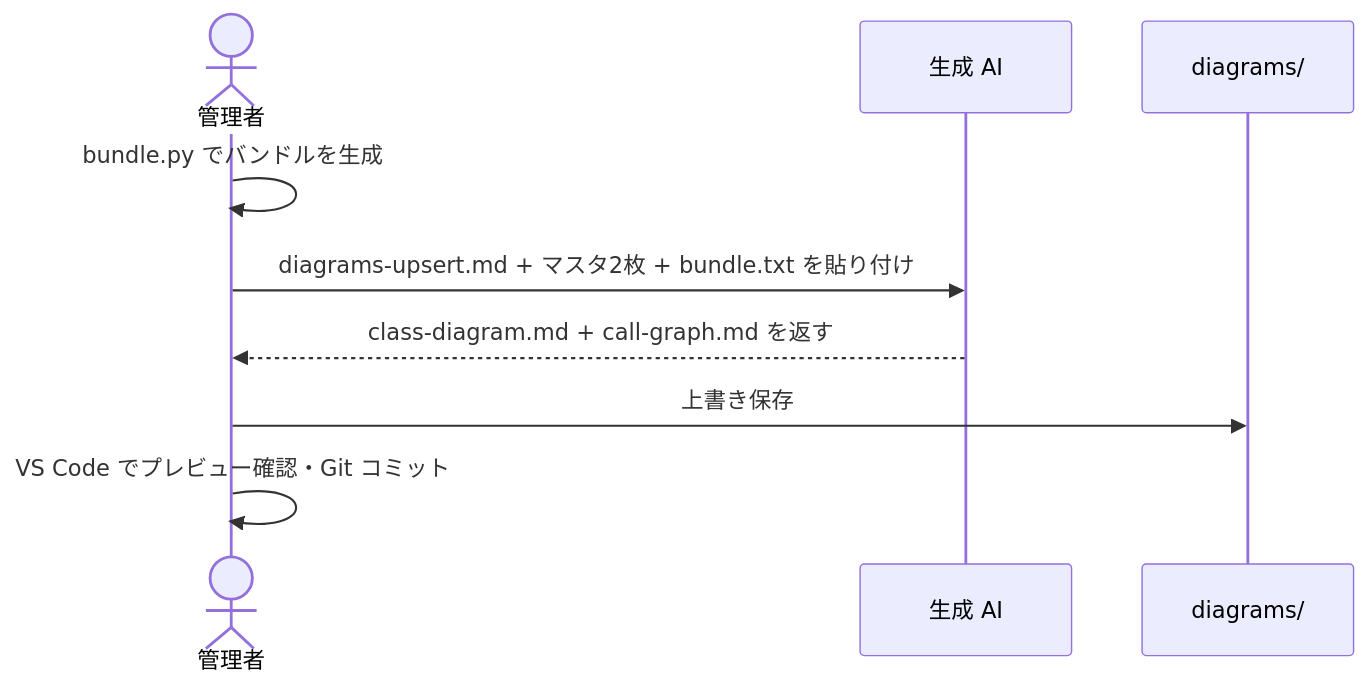
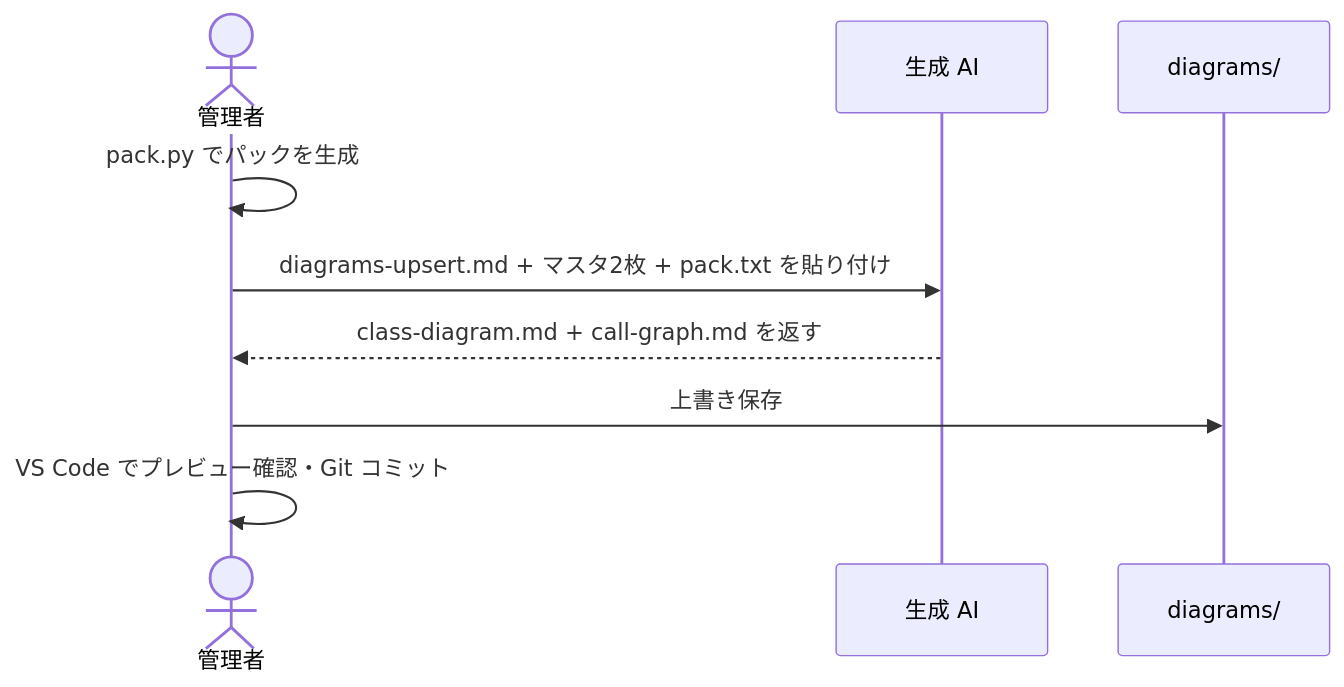
The diagram in prompts/diagram-keeper/docs/how-to/update-diagrams.md (yasuhiro112358/ai-agent-toolkit), drawn with Mermaid before and after one commit. The commit also changed other lines of this file and 17 other files, not shown here.

First line of the commit message:
feat(diagram-keeper): replace bundle.py with pack.py and pack.cfg

````diff
--- a/prompts/diagram-keeper/docs/how-to/update-diagrams.md
+++ b/prompts/diagram-keeper/docs/how-to/update-diagrams.md
@@ -11,12 +11,12 @@
 ```mermaid
 sequenceDiagram
     actor 管理者
     participant AI as 生成 AI
     participant Repo as diagrams/
 
-    管理者->>管理者: bundle.py でバンドルを生成
-    管理者->>AI: diagrams-upsert.md + マスタ2枚 + bundle.txt を貼り付け
+    管理者->>管理者: pack.py でパックを生成
+    管理者->>AI: diagrams-upsert.md + マスタ2枚 + pack.txt を貼り付け
     AI-->>管理者: class-diagram.md + call-graph.md を返す
     管理者->>Repo: 上書き保存
     管理者->>管理者: VS Code でプレビュー確認・Git コミット
 ```
````
